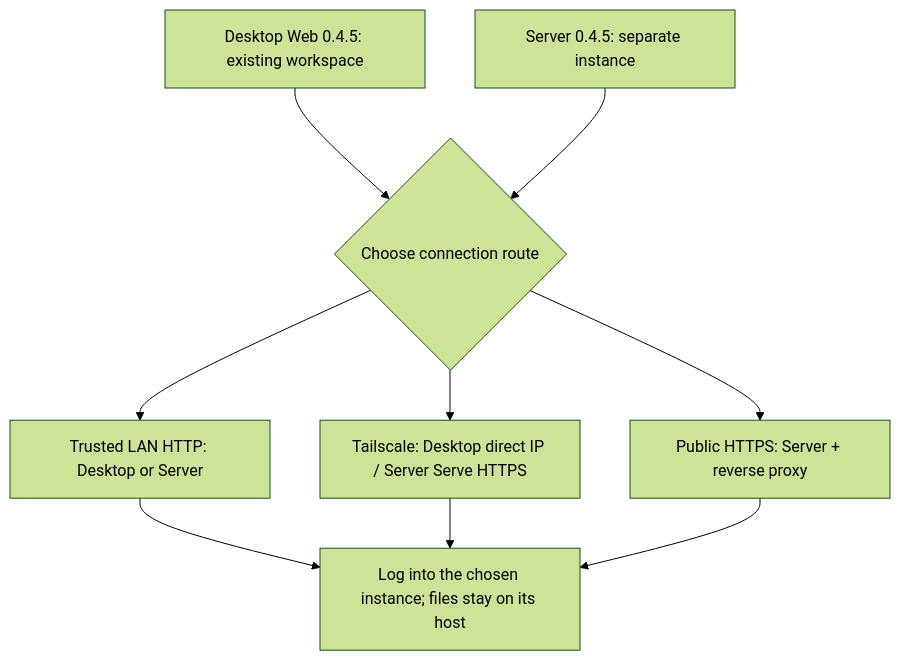
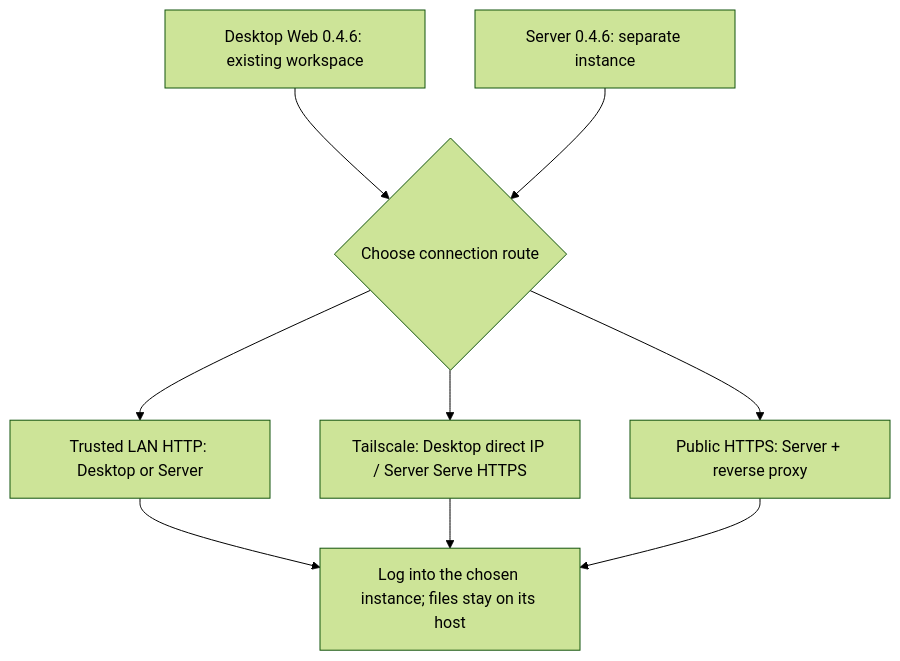
Before and after one commit to 1443205008/rovai-ai: the diagram in website/site/public/assets/diagrams/deployment-choice-en.mmd, drawn with Mermaid (forest theme). The commit also changed 11 other files, not shown here.

```diff
--- a/website/site/public/assets/diagrams/deployment-choice-en.mmd
+++ b/website/site/public/assets/diagrams/deployment-choice-en.mmd
@@ -1,12 +1,12 @@
 flowchart TB
-  desktop["Desktop Web 0.4.5: existing workspace"]
-  server["Server 0.4.5: separate instance"]
+  desktop["Desktop Web 0.4.6: existing workspace"]
+  server["Server 0.4.6: separate instance"]
   choice{"Choose connection route"}
   desktop --> choice
   server --> choice
   choice --> lan["Trusted LAN HTTP: Desktop or Server"]
   choice --> ts["Tailscale: Desktop direct IP / Server Serve HTTPS"]
   choice --> public["Public HTTPS: Server + reverse proxy"]
   lan --> login["Log into the chosen instance; files stay on its host"]
   ts --> login
   public --> login
```
